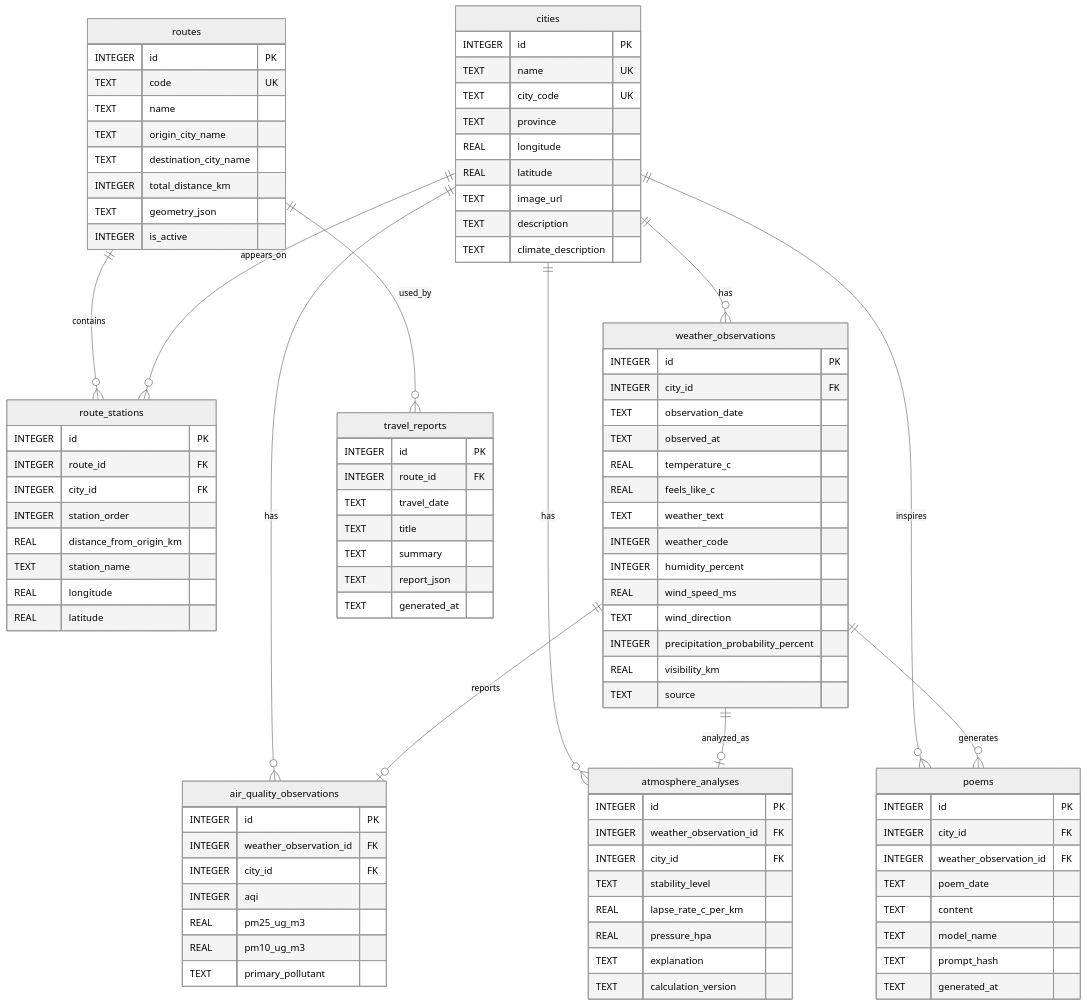
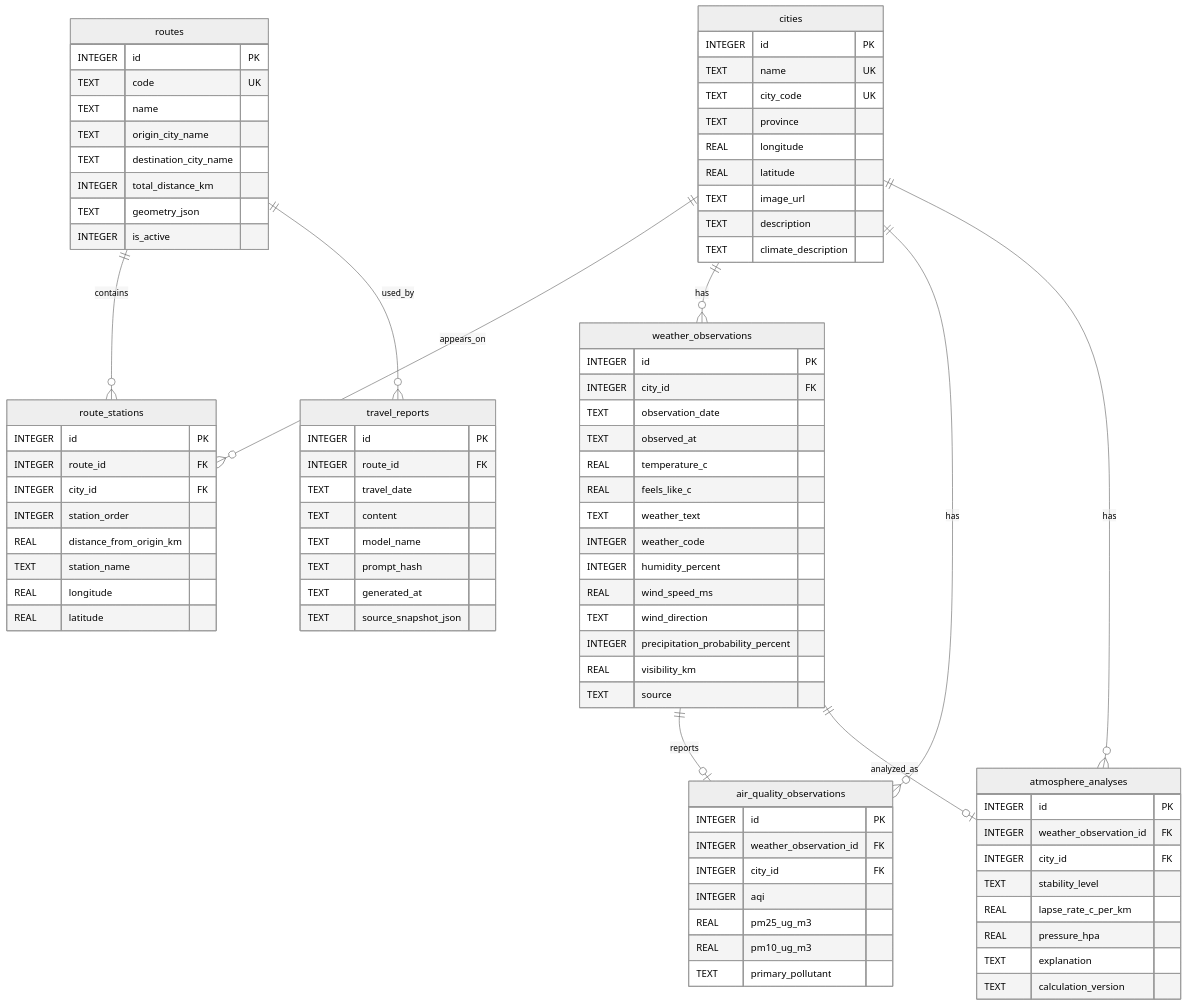
Before and after one commit to ChenPP-123/CtoN: the diagram in docs/CtoN_Database_Design.md, drawn with Mermaid (neutral theme). The commit also changed other lines of this file and 20 other files, not shown here.

````diff
--- a/docs/CtoN_Database_Design.md
+++ b/docs/CtoN_Database_Design.md
@@ -53,10 +53,8 @@
     cities ||--o{ weather_observations : has
     cities ||--o{ air_quality_observations : has
     cities ||--o{ atmosphere_analyses : has
-    cities ||--o{ poems : inspires
     weather_observations ||--o| air_quality_observations : reports
     weather_observations ||--o| atmosphere_analyses : analyzed_as
-    weather_observations ||--o{ poems : generates
     routes ||--o{ travel_reports : used_by
 
     routes {
@@ -125,23 +123,14 @@
         TEXT explanation
         TEXT calculation_version
     }
-    poems {
+    travel_reports {
         INTEGER id PK
-        INTEGER city_id FK
-        INTEGER weather_observation_id FK
-        TEXT poem_date
+        INTEGER route_id FK
+        TEXT travel_date
         TEXT content
         TEXT model_name
         TEXT prompt_hash
         TEXT generated_at
-    }
-    travel_reports {
-        INTEGER id PK
-        INTEGER route_id FK
-        TEXT travel_date
-        TEXT title
-        TEXT summary
-        TEXT report_json
-        TEXT generated_at
+        TEXT source_snapshot_json
     }
 ```
````
